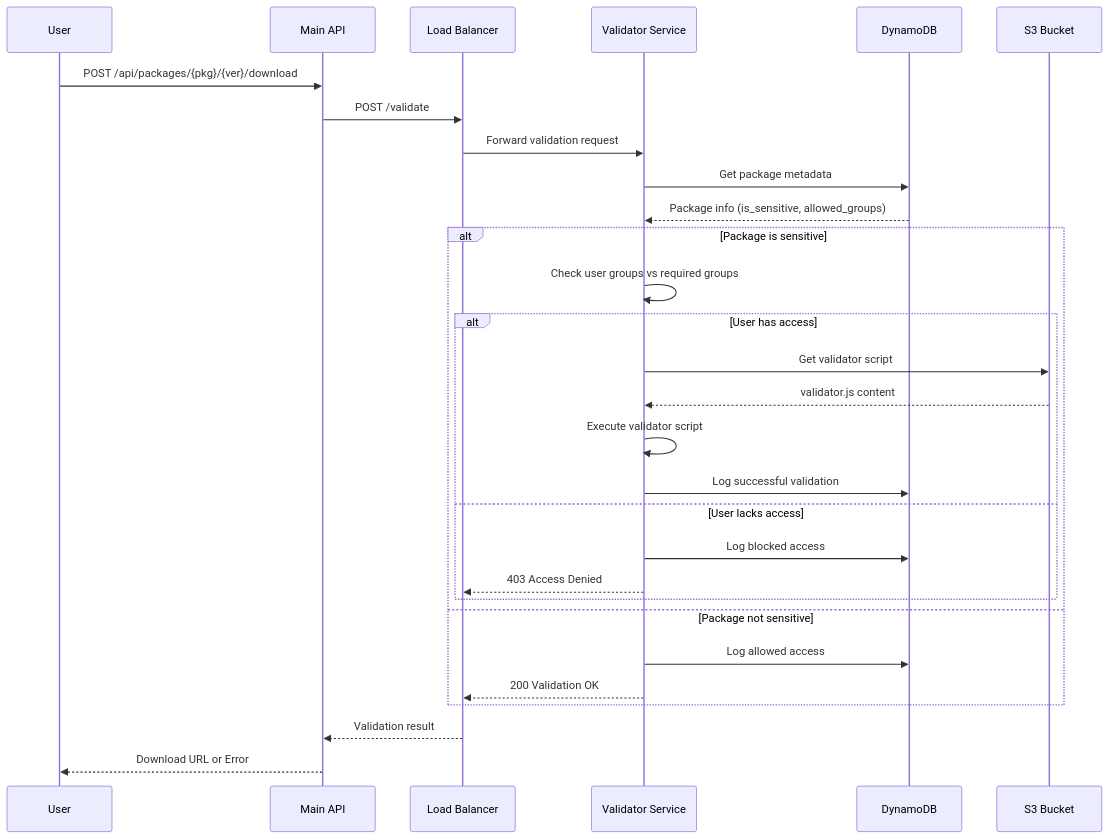
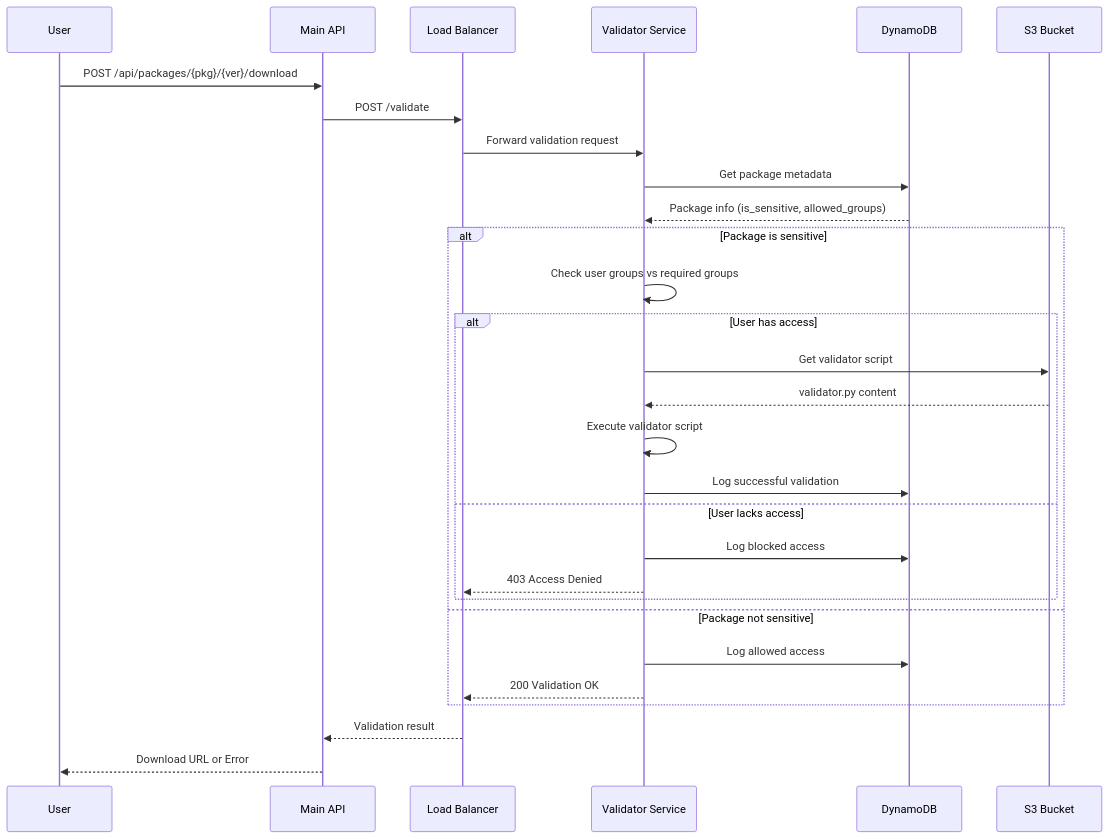
Before and after one commit to flaniyan/CS_450_Phase_2: the second of 7 diagrams in docs/aws/validator-architecture.md, drawn with Mermaid. The commit also changed 26 other files, not shown here.

First line of the commit message:
feat: Complete AWS package management system with Python-first architecture

````diff
--- a/docs/aws/validator-architecture.md
+++ b/docs/aws/validator-architecture.md
@@ -32,35 +32,35 @@
 ```mermaid
 sequenceDiagram
     participant U as User
     participant API as Main API
     participant LB as Load Balancer
     participant VS as Validator Service
     participant DDB as DynamoDB
     participant S3 as S3 Bucket
     
     U->>API: POST /api/packages/{pkg}/{ver}/download
     API->>LB: POST /validate
     LB->>VS: Forward validation request
     
     VS->>DDB: Get package metadata
     DDB-->>VS: Package info (is_sensitive, allowed_groups)
     
     alt Package is sensitive
         VS->>VS: Check user groups vs required groups
         alt User has access
             VS->>S3: Get validator script
-            S3-->>VS: validator.js content
+            S3-->>VS: validator.py content
             VS->>VS: Execute validator script
             VS->>DDB: Log successful validation
         else User lacks access
             VS->>DDB: Log blocked access
             VS-->>LB: 403 Access Denied
         end
     else Package not sensitive
         VS->>DDB: Log allowed access
         VS-->>LB: 200 Validation OK
     end
     
     LB-->>API: Validation result
     API-->>U: Download URL or Error
 ```
````
